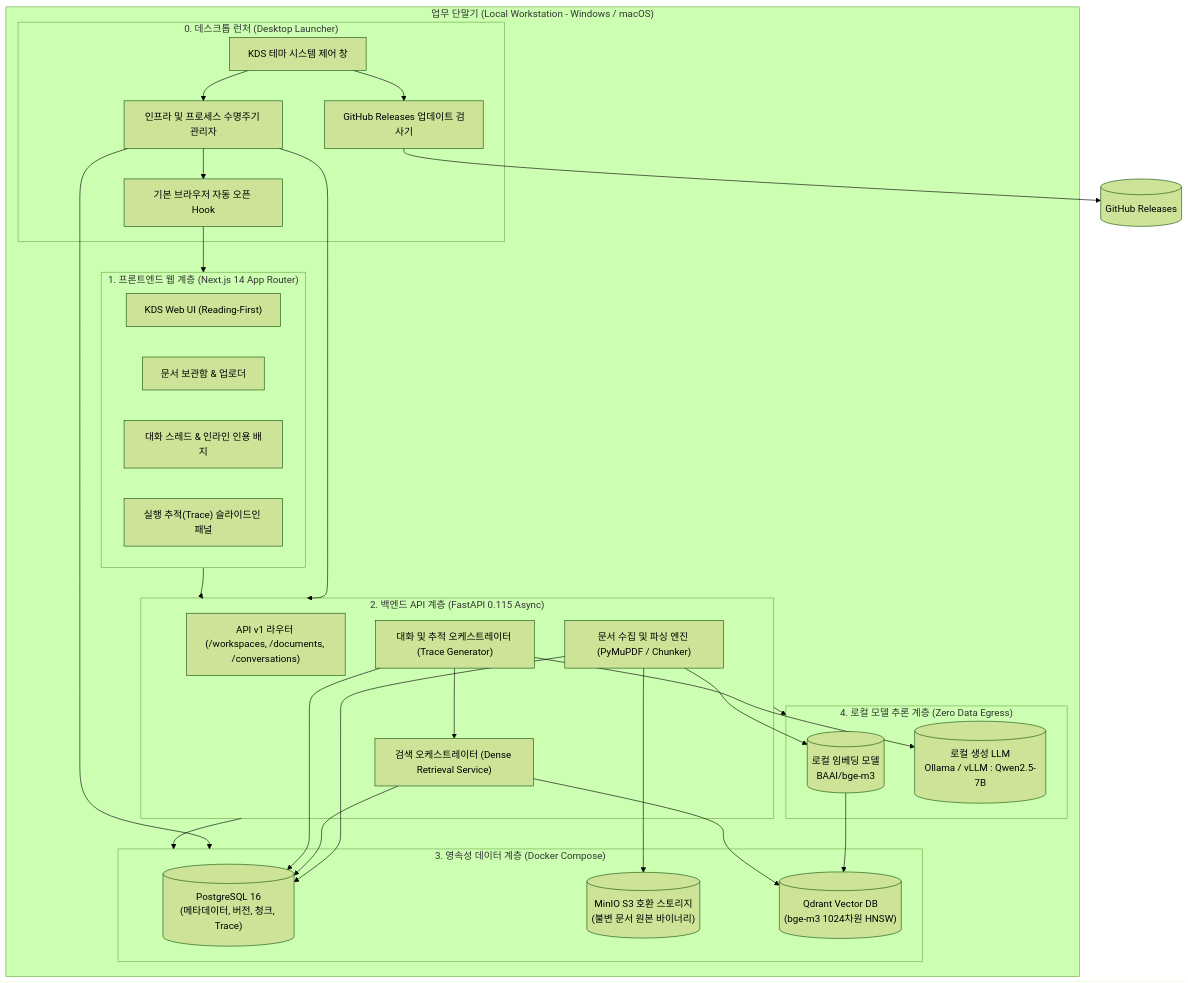
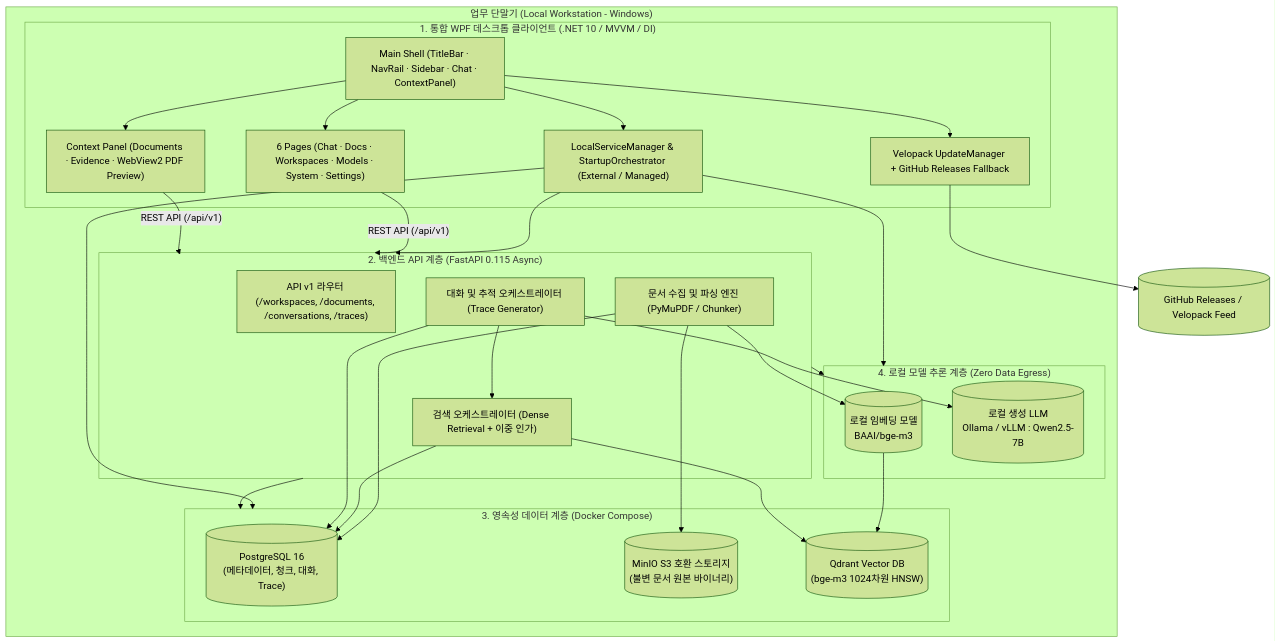
The diagram in README.md (minwoo1119/dograc), drawn with Mermaid (forest theme) before and after one commit. The commit also changed other lines of this file, not shown here.

Commit message:
docs:통합 WPF 데스크톱 앱 v0.2.0 기준으로 README.md 전면 개편

````diff
--- a/README.md
+++ b/README.md
@@ -74,55 +71,52 @@
 ```mermaid
 flowchart TD
-    subgraph Workstation["업무 단말기 (Local Workstation - Windows / macOS)"]
-        subgraph DesktopLauncher["0. 데스크톱 런처 (Desktop Launcher)"]
-            LauncherUI["KDS 테마 시스템 제어 창"]
-            ProcessMgr["인프라 및 프로세스 수명주기 관리자"]
-            Updater["GitHub Releases 업데이트 검사기"]
-            BrowserHook["기본 브라우저 자동 오픈 Hook"]
-        end
-
-        subgraph Presentation["1. 프론트엔드 웹 계층 (Next.js 14 App Router)"]
-            UI["KDS Web UI (Reading-First)"]
-            DocPanel["문서 보관함 & 업로더"]
-            ChatPanel["대화 스레드 & 인라인 인용 배지"]
-            TraceDrawer["실행 추적(Trace) 슬라이드인 패널"]
+    subgraph Workstation["업무 단말기 (Local Workstation - Windows)"]
+        subgraph DesktopApp["1. 통합 WPF 데스크톱 클라이언트 (.NET 10 / MVVM / DI)"]
+            Shell["Main Shell (TitleBar · NavRail · Sidebar · Chat · ContextPanel)"]
+            Pages["6 Pages (Chat · Docs · Workspaces · Models · System · Settings)"]
+            Context["Context Panel (Documents · Evidence · WebView2 PDF Preview)"]
+            ServiceMgr["LocalServiceManager & StartupOrchestrator (External / Managed)"]
+            Updater["Velopack UpdateManager + GitHub Releases Fallback"]
         end
 
         subgraph Backend["2. 백엔드 API 계층 (FastAPI 0.115 Async)"]
-            Router["API v1 라우터 (/workspaces, /documents, /conversations)"]
+            Router["API v1 라우터 (/workspaces, /documents, /conversations, /traces)"]
             DocIngest["문서 수집 및 파싱 엔진 (PyMuPDF / Chunker)"]
-            Retriever["검색 오케스트레이터 (Dense Retrieval Service)"]
+            Retriever["검색 오케스트레이터 (Dense Retrieval + 이중 인가)"]
             ConvService["대화 및 추적 오케스트레이터 (Trace Generator)"]
         end
 
         subgraph Storage["3. 영속성 데이터 계층 (Docker Compose)"]
-            PG[("PostgreSQL 16\n(메타데이터, 버전, 청크, Trace)")]
+            PG[("PostgreSQL 16\n(메타데이터, 청크, 대화, Trace)")]
             MinIO[("MinIO S3 호환 스토리지\n(불변 문서 원본 바이너리)")]
             VectorDB[("Qdrant Vector DB\n(bge-m3 1024차원 HNSW)")]
         end
 
         subgraph Models["4. 로컬 모델 추론 계층 (Zero Data Egress)"]
             Embed[("로컬 임베딩 모델\nBAAI/bge-m3")]
             LLM[("로컬 생성 LLM\nOllama / vLLM : Qwen2.5-7B")]
         end
     end
 
-    GitHub[(GitHub Releases)]
+    GitHub[(GitHub Releases / Velopack Feed)]
 
-    LauncherUI --> ProcessMgr
-    LauncherUI --> Updater --> GitHub
-    ProcessMgr --> Storage
-    ProcessMgr --> Backend
-    ProcessMgr --> BrowserHook --> Presentation
+    Shell --> Pages
+    Shell --> Context
+    Shell --> ServiceMgr
+    Shell --> Updater --> GitHub
+    ServiceMgr --> Storage
+    ServiceMgr --> Backend
+    ServiceMgr --> Models
 
-    Presentation --> Backend
+    Pages -->|"REST API (/api/v1)"| Backend
+    Context -->|"REST API (/api/v1)"| Backend
     Backend --> Storage
     Backend --> Models
     DocIngest --> MinIO
     DocIngest --> Embed --> VectorDB
     DocIngest --> PG
     ConvService --> Retriever --> VectorDB
     Retriever --> PG
     ConvService --> LLM
     ConvService --> PG
 ```
````
